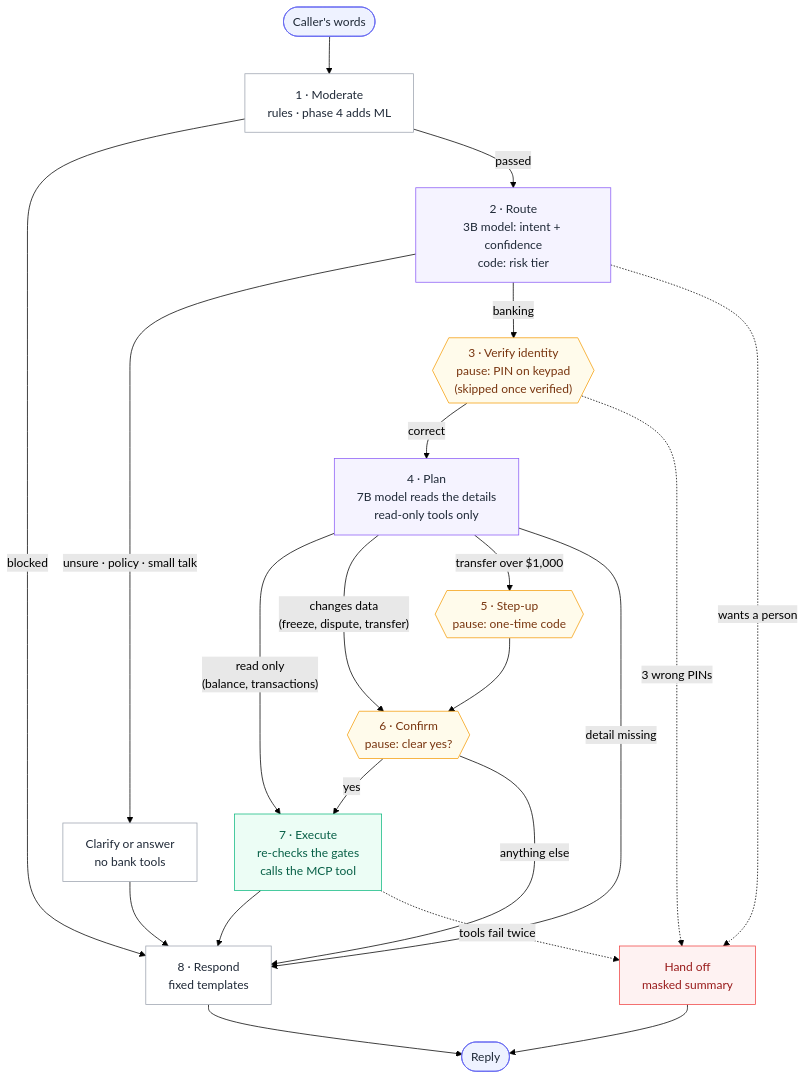
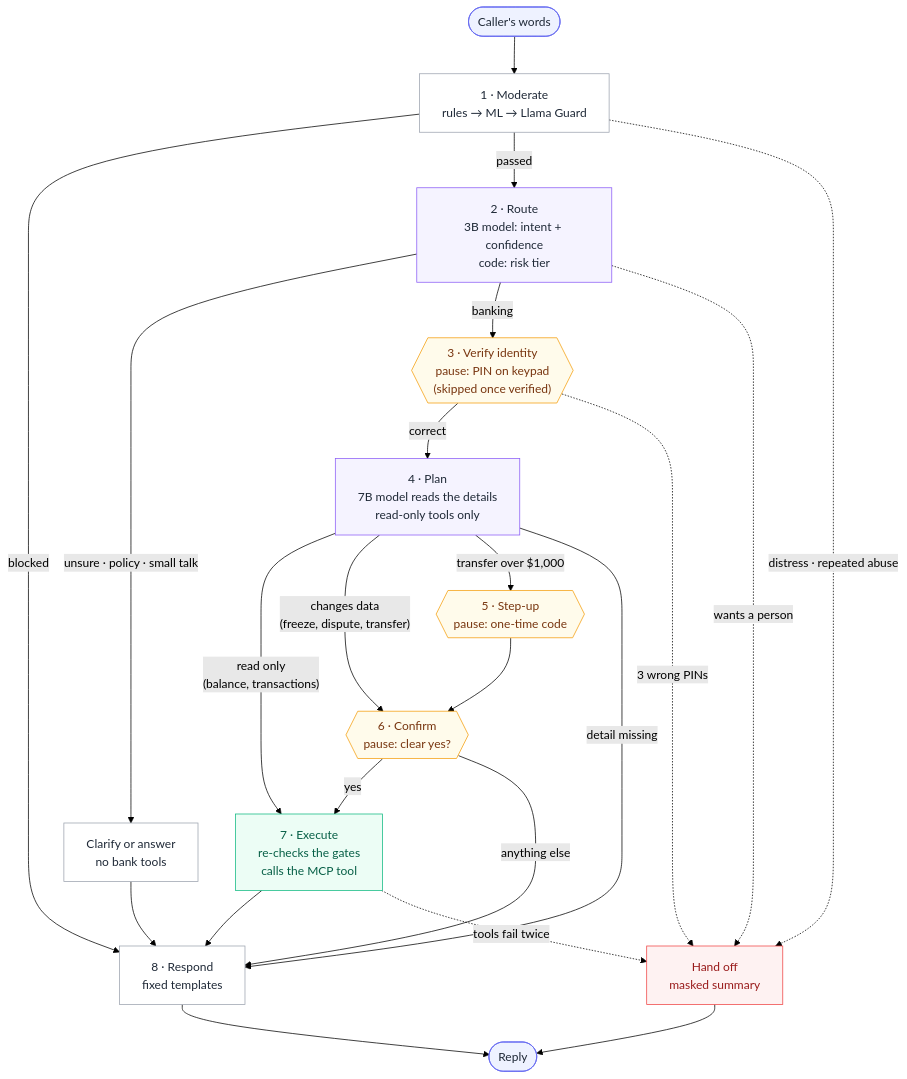
The second of 4 diagrams in README.md (JasleenMinhas578/Banking_AI_Assistant), drawn with Mermaid (forest theme) before and after one commit. The commit also changed other lines of this file and 90 other files, not shown here.

````diff
--- a/README.md
+++ b/README.md
@@ -124,37 +132,38 @@
 ```mermaid
 flowchart TD
-    input(["Caller's words"]) --> moderate["1 · Moderate<br/>rules · phase 4 adds ML"]
+    input(["Caller's words"]) --> moderate["1 · Moderate<br/>rules → ML → Llama Guard"]
     moderate -- blocked --> respond
     moderate -- passed --> route["2 · Route<br/>3B model: intent + confidence<br/>code: risk tier"]
     route -- "unsure · policy · small talk" --> simple["Clarify or answer<br/>no bank tools"]
     route -- banking --> verify{{"3 · Verify identity<br/>pause: PIN on keypad<br/>(skipped once verified)"}}
     verify -- correct --> plan["4 · Plan<br/>7B model reads the details<br/>read-only tools only"]
     plan -- "read only<br/>(balance, transactions)" --> execute
     plan -- "changes data<br/>(freeze, dispute, transfer)" --> confirm{{"6 · Confirm<br/>pause: clear yes?"}}
     plan -- "transfer over $1,000" --> stepup{{"5 · Step-up<br/>pause: one-time code"}}
     stepup --> confirm
     confirm -- yes --> execute["7 · Execute<br/>re-checks the gates<br/>calls the MCP tool"]
     confirm -- "anything else" --> respond
     plan -- "detail missing" --> respond
     simple --> respond["8 · Respond<br/>fixed templates"]
     execute --> respond
     respond --> reply(["Reply"])
 
-    route -. "wants a person" .-> handoff["Hand off<br/>masked summary"]
+    moderate -. "distress · repeated abuse" .-> handoff["Hand off<br/>masked summary"]
+    route -. "wants a person" .-> handoff
     verify -. "3 wrong PINs" .-> handoff
     execute -. "tools fail twice" .-> handoff
     handoff --> reply
 
     classDef model fill:#f5f3ff,stroke:#8b5cf6,color:#1f2937
     classDef pause fill:#fffbeb,stroke:#f59e0b,color:#78350f
     classDef bank fill:#ecfdf5,stroke:#10b981,color:#065f46
     classDef stop fill:#fef2f2,stroke:#ef4444,color:#991b1b
     classDef plain fill:#ffffff,stroke:#9ca3af,color:#1f2937
     classDef ends fill:#eef2ff,stroke:#6366f1,color:#1f2937
     class route,plan model
     class verify,stepup,confirm pause
     class execute bank
     class handoff stop
     class moderate,simple,respond plain
     class input,reply ends
 ```
````
